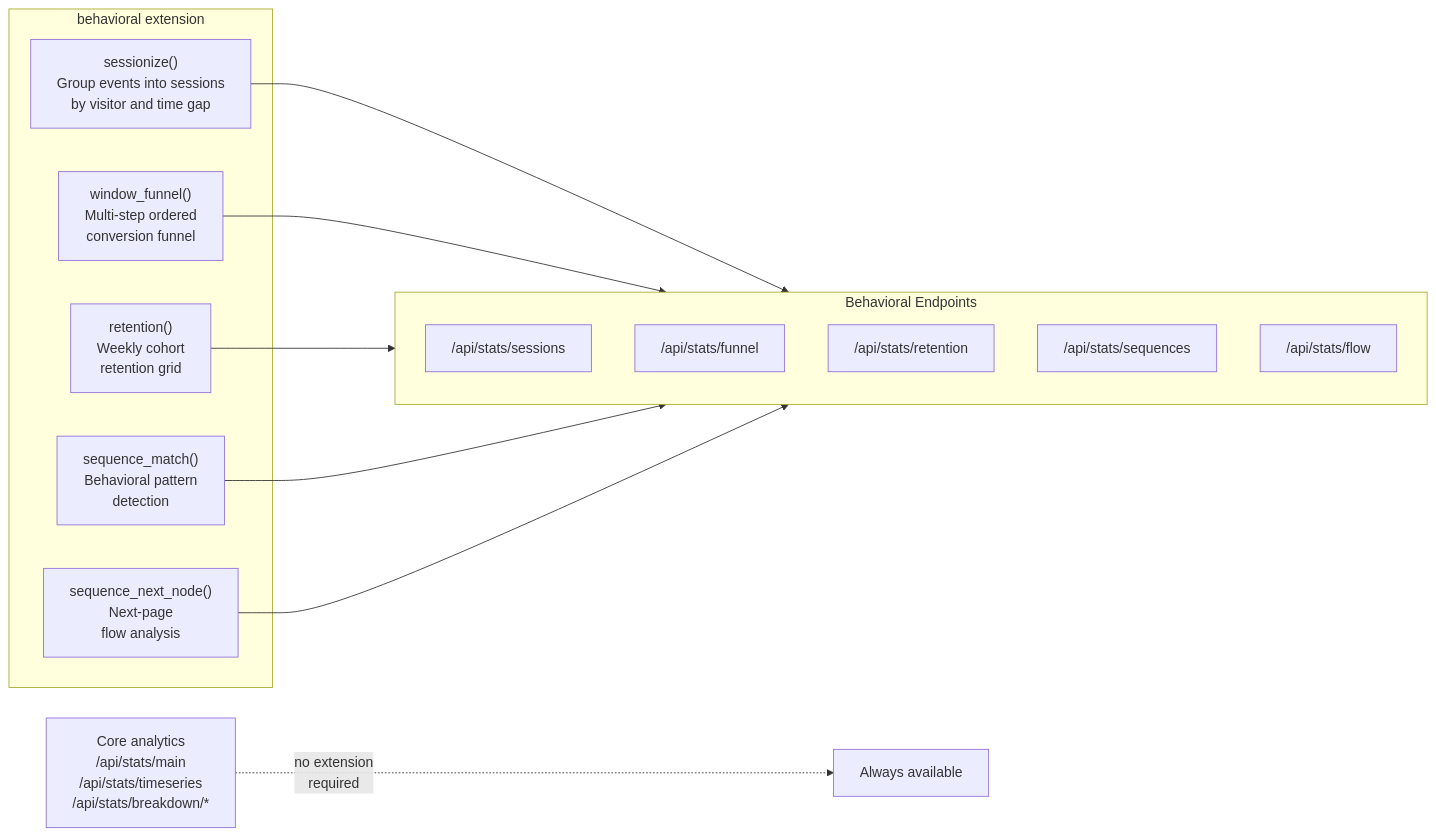
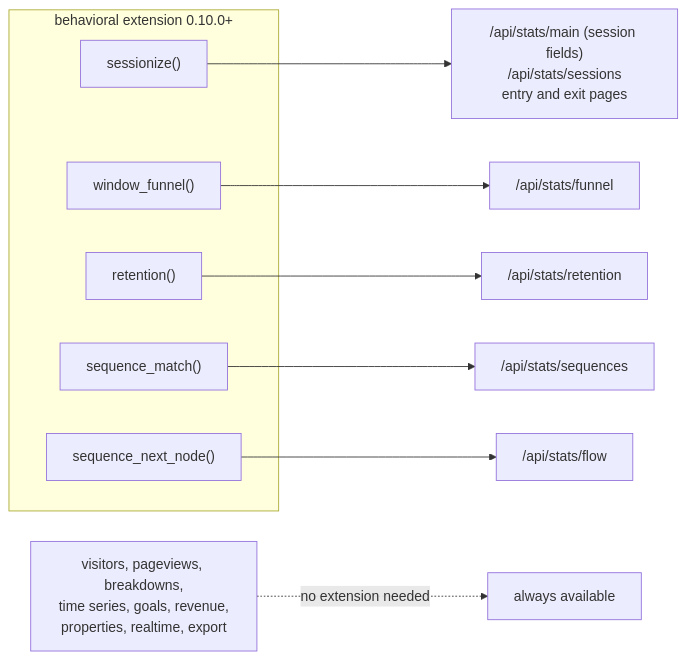
One commit to tomtom215/mallardmetrics changed the seventh of 7 diagrams in docs/src/architecture.md. Above: the diagram before and after it, drawn with Mermaid. The commit also changed other lines of this file, not shown here.

First line of the commit message:
Docs: rewrite the architecture page against the code

````diff
--- a/docs/src/architecture.md
+++ b/docs/src/architecture.md
@@ -224,27 +260,18 @@
 ```mermaid
 flowchart LR
-    subgraph EXT["behavioral extension"]
-        SESS_F["sessionize()\nGroup events into sessions\nby visitor and time gap"]
-        FUNNEL_F["window_funnel()\nMulti-step ordered\nconversion funnel"]
-        RET_F["retention()\nWeekly cohort\nretention grid"]
-        SEQ_F["sequence_match()\nBehavioral pattern\ndetection"]
-        FLOW_F["sequence_next_node()\nNext-page\nflow analysis"]
+    subgraph EXT["behavioral extension 0.10.0+"]
+        SESSF["sessionize()"]
+        FUNF["window_funnel()"]
+        RETF["retention()"]
+        SEQF["sequence_match()"]
+        FLOWF["sequence_next_node()"]
     end
 
-    subgraph API["Behavioral Endpoints"]
-        direction TB
-        S["/api/stats/sessions"]
-        FU["/api/stats/funnel"]
-        R["/api/stats/retention"]
-        SQ["/api/stats/sequences"]
-        FL["/api/stats/flow"]
-    end
+    SESSF --> SE["/api/stats/main (session fields)\n/api/stats/sessions\nentry and exit pages"]
+    FUNF --> FU["/api/stats/funnel"]
+    RETF --> RE["/api/stats/retention"]
+    SEQF --> SQ["/api/stats/sequences"]
+    FLOWF --> FL["/api/stats/flow"]
 
-    SESS_F --> S
-    FUNNEL_F --> FU
-    RET_F --> R
-    SEQ_F --> SQ
-    FLOW_F --> FL
-
-    CORE["Core analytics\n/api/stats/main\n/api/stats/timeseries\n/api/stats/breakdown/*"] -.->|"no extension\nrequired"| ALWAYS["Always available"]
+    CORE["visitors, pageviews, breakdowns,\ntime series, goals, revenue,\nproperties, realtime, export"] -.->|"no extension needed"| ALWAYS["always available"]
 ```
````
